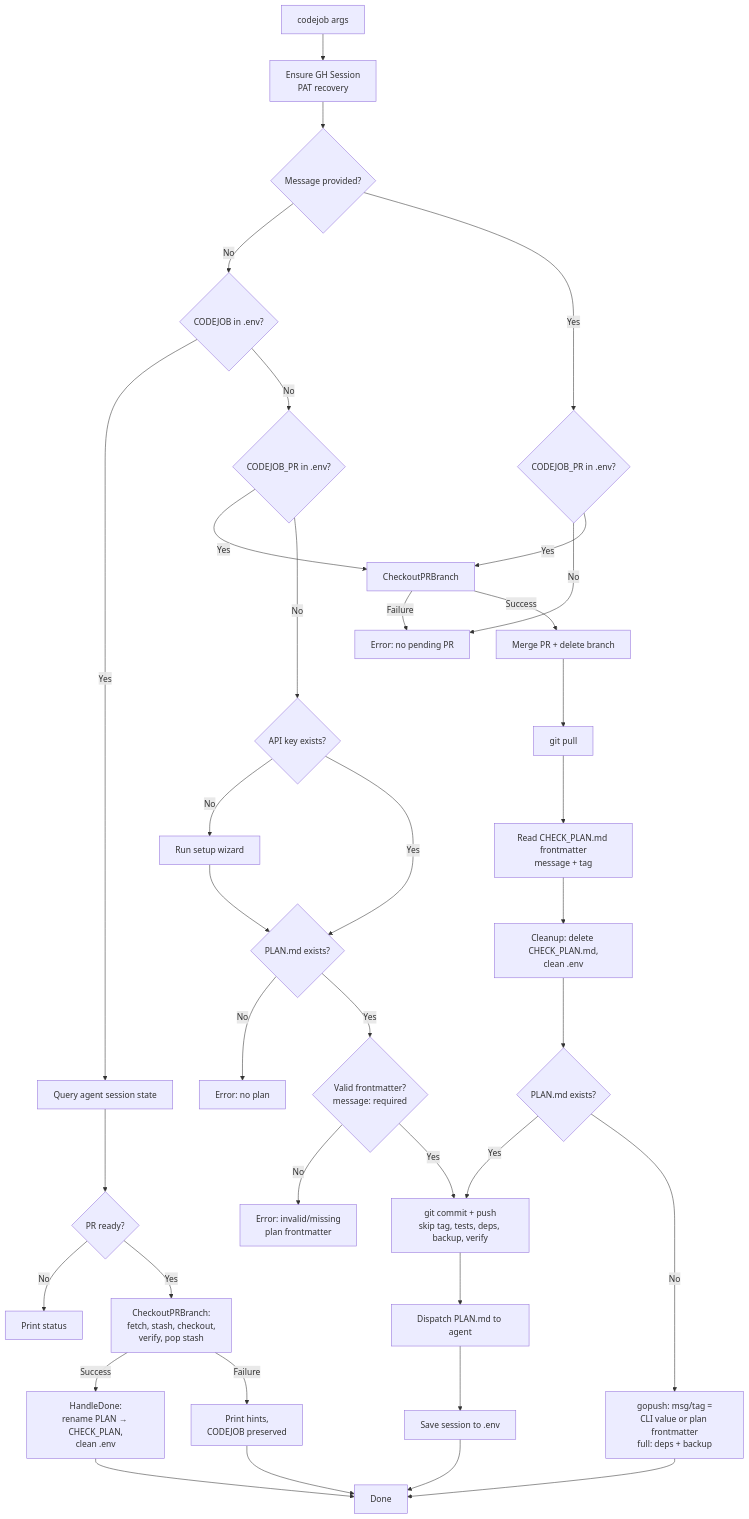
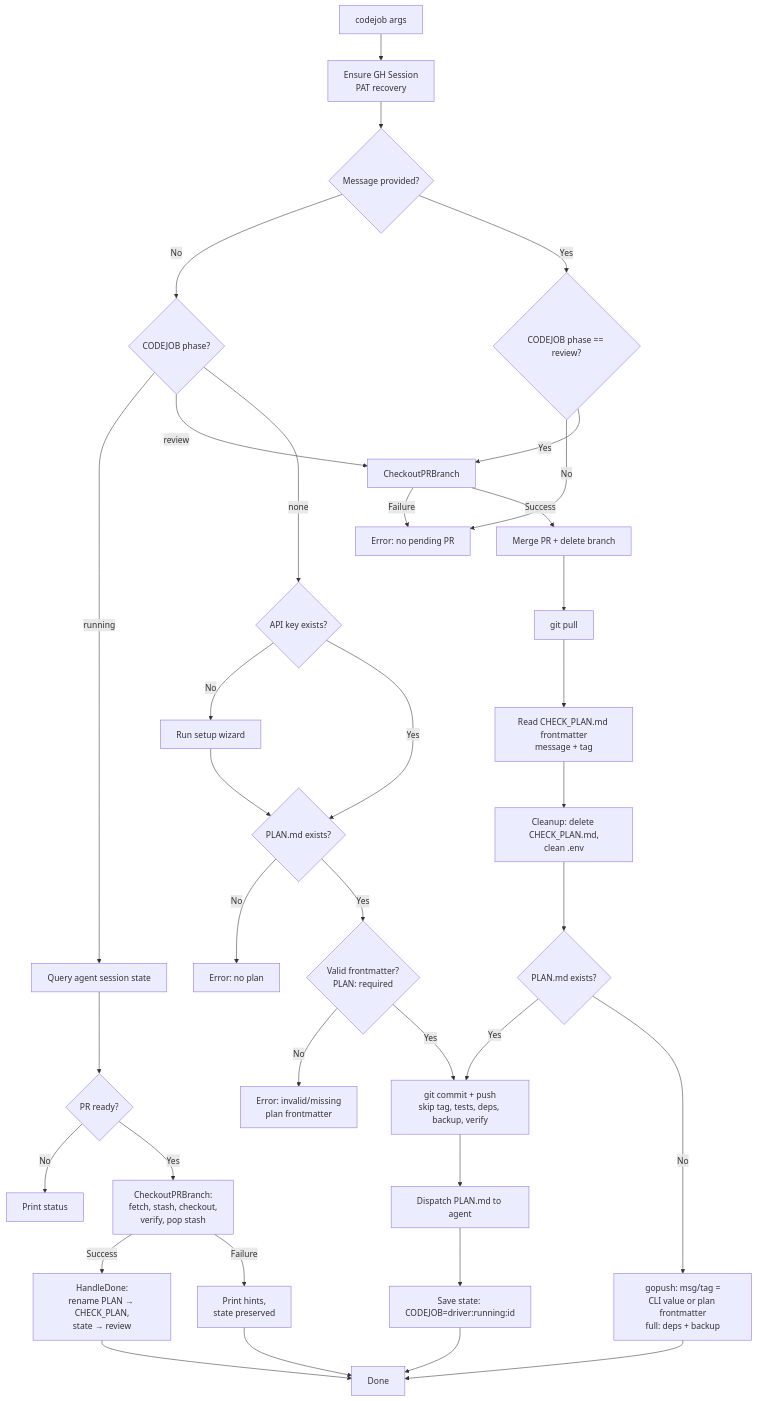
Before and after one commit to tinywasm/devflow: the diagram in docs/diagrams/CODEJOB_FLOW.md, drawn with Mermaid. The commit also changed other lines of this file and 17 other files, not shown here.

First line of the commit message:
fix: rename frontmatter key message -> PLAN and unify codejob state

````diff
--- a/docs/diagrams/CODEJOB_FLOW.md
+++ b/docs/diagrams/CODEJOB_FLOW.md
@@ -5,39 +5,38 @@
 ```mermaid
 flowchart TD
     A[codejob args] --> GH[Ensure GH Session<br/>PAT recovery]
     GH --> B{Message provided?}
-    B -- No --> C{CODEJOB in .env?}
-    C -- Yes --> D[Query agent session state]
+    B -- No --> C{CODEJOB phase?}
+    C -- running --> D[Query agent session state]
     D --> E{PR ready?}
     E -- No --> F[Print status]
     E -- Yes --> G[CheckoutPRBranch:<br/>fetch, stash, checkout,<br/>verify, pop stash]
-    G -- Success --> G1[HandleDone:<br/>rename PLAN → CHECK_PLAN,<br/>clean .env]
-    G -- Failure --> G2[Print hints,<br/>CODEJOB preserved]
+    G -- Success --> G1[HandleDone:<br/>rename PLAN → CHECK_PLAN,<br/>state → review]
+    G -- Failure --> G2[Print hints,<br/>state preserved]
     G2 --> U
     G1 --> U
-    C -- No --> C2{CODEJOB_PR in .env?}
-    C2 -- Yes --> CP
-    C2 -- No --> H{API key exists?}
+    C -- review --> CP
+    C -- none --> H{API key exists?}
     H -- No --> H1[Run setup wizard]
     H1 --> I
     H -- Yes --> I{PLAN.md exists?}
     I -- No --> J[Error: no plan]
-    I -- Yes --> IV{Valid frontmatter?<br/>message: required}
+    I -- Yes --> IV{Valid frontmatter?<br/>PLAN: required}
     IV -- No --> JV[Error: invalid/missing<br/>plan frontmatter]
     IV -- Yes --> K[git commit + push<br/>skip tag, tests, deps, backup, verify]
     K --> L[Dispatch PLAN.md to agent]
-    L --> M[Save session to .env]
-    B -- Yes --> N{CODEJOB_PR in .env?}
+    L --> M[Save state: CODEJOB=driver:running:id]
+    B -- Yes --> N{CODEJOB phase == review?}
     N -- No --> O[Error: no pending PR]
     N -- Yes --> CP[CheckoutPRBranch]
     CP -- Failure --> O
     CP -- Success --> P[Merge PR + delete branch]
     P --> Q[git pull]
     Q --> RM[Read CHECK_PLAN.md frontmatter<br/>message + tag]
     RM --> R[Cleanup: delete CHECK_PLAN.md,<br/>clean .env]
     R --> S{PLAN.md exists?}
     S -- Yes --> K
     S -- No --> T[gopush: msg/tag =<br/>CLI value or plan frontmatter<br/>full: deps + backup]
     T --> U[Done]
     M --> U
 ```
````
